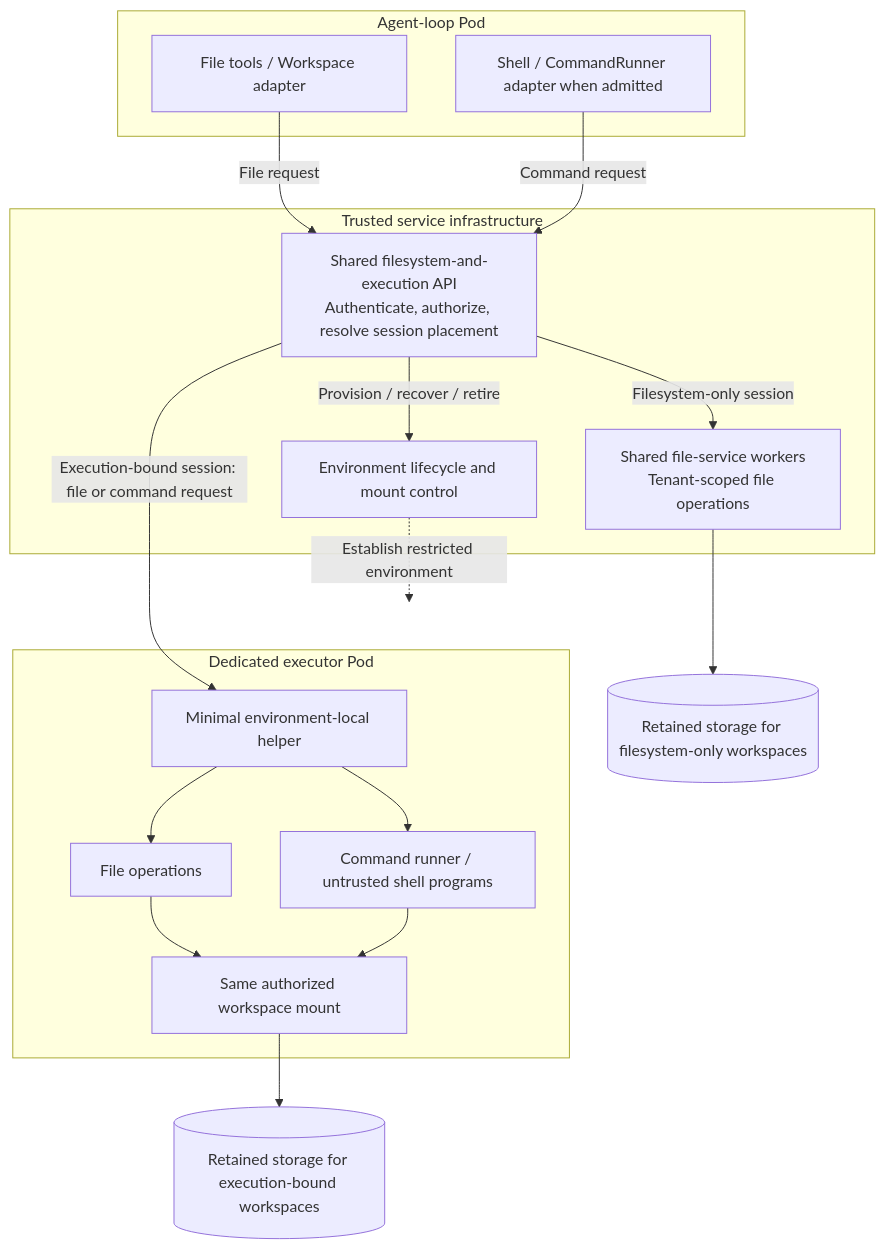
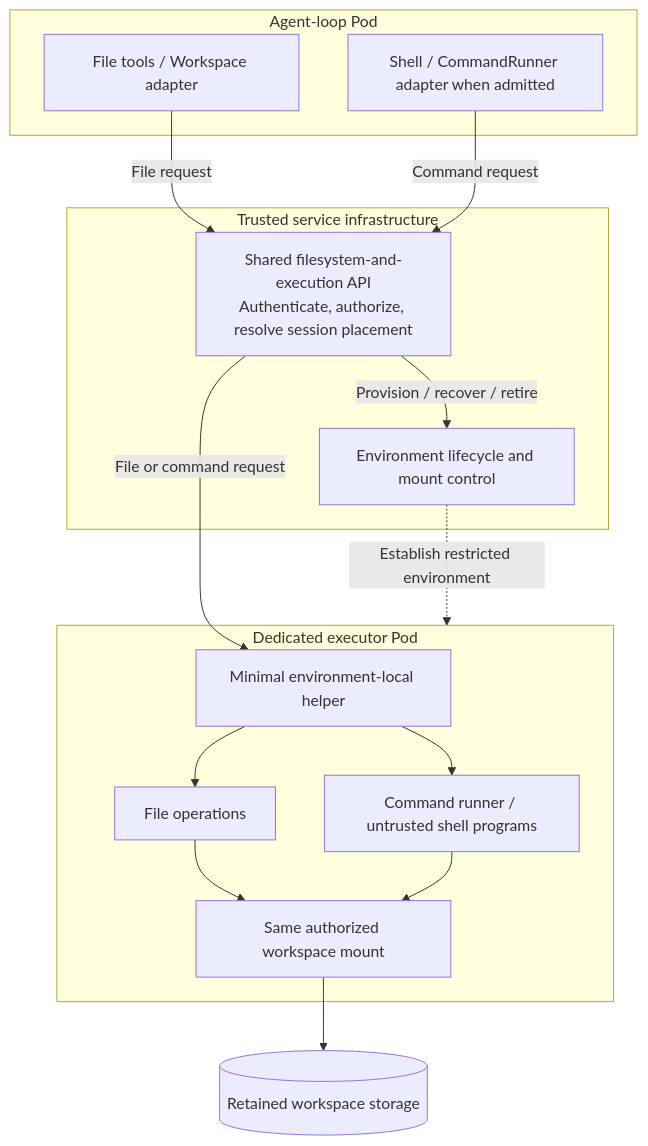
The first of 4 diagrams in docs/drafts/kubernetes-execution-and-filesystems.md (stacklok/mecatl), drawn with Mermaid before and after one commit. The commit also changed other lines of this file, not shown here.

First line of the commit message:
docs: settle on a per-session executor and refresh the Substrate review

````diff
--- a/docs/drafts/kubernetes-execution-and-filesystems.md
+++ b/docs/drafts/kubernetes-execution-and-filesystems.md
@@ -122,33 +122,29 @@
 ```mermaid
 flowchart TB
     subgraph loop["Agent-loop Pod"]
         workspace["File tools / Workspace adapter"]
         runner["Shell / CommandRunner adapter when admitted"]
     end
     subgraph trusted["Trusted service infrastructure"]
         api["Shared filesystem-and-execution API<br/>Authenticate, authorize, resolve session placement"]
-        workers["Shared file-service workers<br/>Tenant-scoped file operations"]
         control["Environment lifecycle and mount control"]
-        api -->|"Filesystem-only session"| workers
         api -->|"Provision / recover / retire"| control
     end
     subgraph executor["Dedicated executor Pod"]
         helper["Minimal environment-local helper"]
         fileops["File operations"]
         programs["Command runner / untrusted shell programs"]
         mount["Same authorized workspace mount"]
         helper --> fileops
         helper --> programs
         fileops --> mount
         programs --> mount
     end
-    sharedstore[("Retained storage for filesystem-only workspaces")]
-    execstore[("Retained storage for execution-bound workspaces")]
+    execstore[("Retained workspace storage")]
 
     workspace -->|"File request"| api
     runner -->|"Command request"| api
-    api -->|"Execution-bound session: file or command request"| helper
+    api -->|"File or command request"| helper
     control -.->|"Establish restricted environment"| executor
-    workers --> sharedstore
     mount --> execstore
 ```
````
